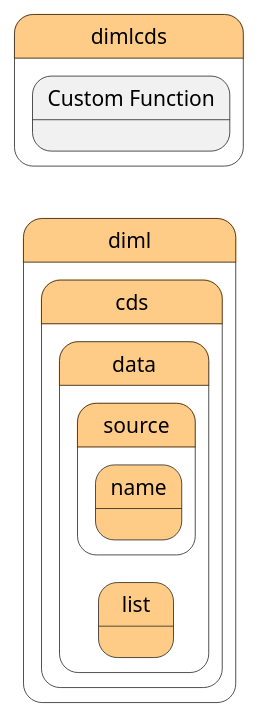
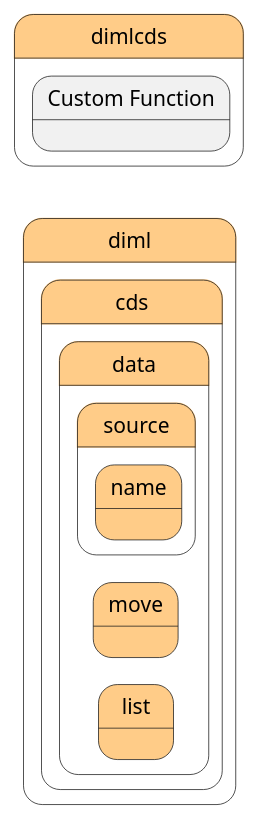
Before and after one commit to madajaju/edgemere: the diagram in docs/edgemere/diml/cds/process.puml, drawn with PlantUML. The commit also changed 1199 other files, not shown here.

```diff
--- a/docs/edgemere/diml/cds/process.puml
+++ b/docs/edgemere/diml/cds/process.puml
@@ -1,42 +1,52 @@
 @startuml
 left to right direction
 
 
 state "diml" as diml #ffcc88 {
 state "cds" as dimlcds #ffcc88 {
 }
 }
 
 
 state "dimlcds" as pstatename #ffcc88 {
     state "Custom Function" as cdsfunction {
     }
 }
 
         state "diml" as diml #ffcc88 {
 state "cds" as dimlcds #ffcc88 {
 state "data" as dimlcdsdata #ffcc88 {
 state "list" as dimlcdsdatalist #ffcc88 {
 }
 }
 }
 }
 
 
         state "diml" as diml #ffcc88 {
 state "cds" as dimlcds #ffcc88 {
 state "data" as dimlcdsdata #ffcc88 {
+state "move" as dimlcdsdatamove #ffcc88 {
+}
+}
+}
+}
+
+
+        state "diml" as diml #ffcc88 {
+state "cds" as dimlcds #ffcc88 {
+state "data" as dimlcdsdata #ffcc88 {
 state "source" as dimlcdsdatasource #ffcc88 {
 state "name" as dimlcdsdatasourcename #ffcc88 {
 }
 }
 }
 }
 }
 
 
 
 
 
 
 @enduml
```
